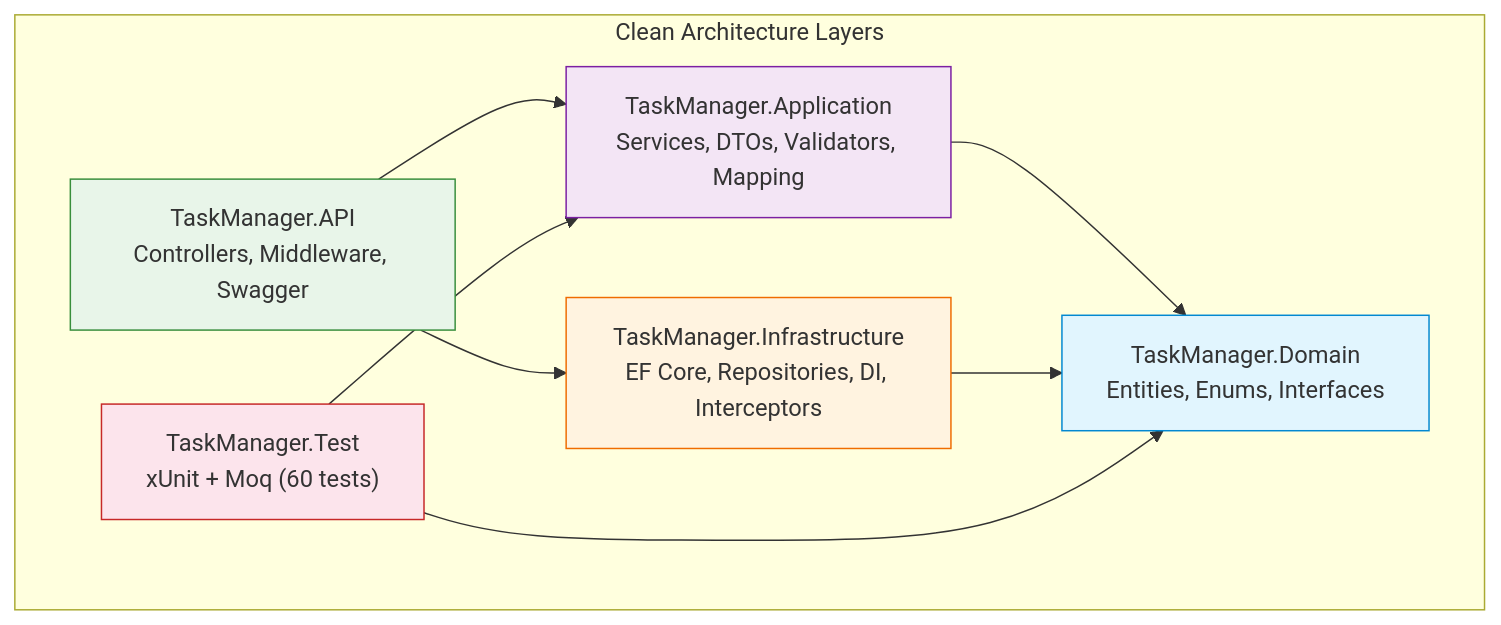
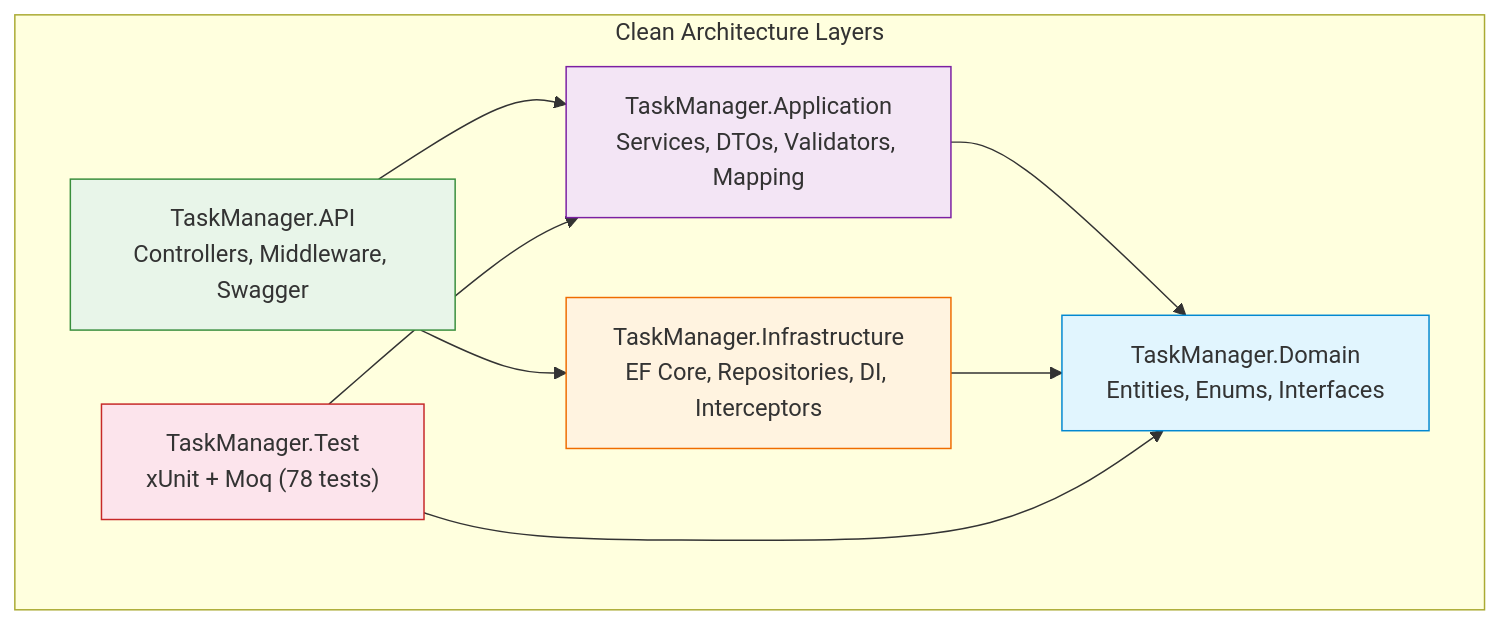
Before and after one commit to ezpectus/TaskManager_App.: the first of 3 diagrams in README.md, drawn with Mermaid. The commit also changed other lines of this file and 68 other files, not shown here.

````diff
--- a/README.md
+++ b/README.md
@@ -9,23 +412,23 @@
 ```mermaid
 graph TB
     subgraph "Clean Architecture Layers"
         API["TaskManager.API<br/>Controllers, Middleware, Swagger"]
         APP["TaskManager.Application<br/>Services, DTOs, Validators, Mapping"]
         INF["TaskManager.Infrastructure<br/>EF Core, Repositories, DI, Interceptors"]
         DOM["TaskManager.Domain<br/>Entities, Enums, Interfaces"]
-        TEST["TaskManager.Test<br/>xUnit + Moq (60 tests)"]
+        TEST["TaskManager.Test<br/>xUnit + Moq (78 tests)"]
     end
 
     API --> APP
     API --> INF
     APP --> DOM
     INF --> DOM
     TEST --> APP
     TEST --> DOM
 
     style DOM fill:#e1f5fe,stroke:#0288d1
     style APP fill:#f3e5f5,stroke:#7b1fa2
     style INF fill:#fff3e0,stroke:#ef6c00
     style API fill:#e8f5e9,stroke:#388e3c
     style TEST fill:#fce4ec,stroke:#c62828
 ```
````
